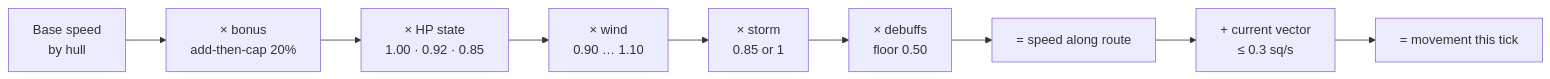
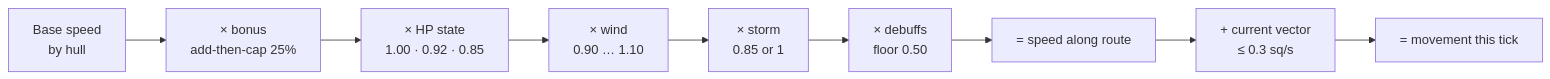
One commit to leonardomso/sea changed the fourth of 11 diagrams in docs/SEA_5_PHYSICS.md. Above: the diagram before and after it, drawn with Mermaid.

Commit message:
docs(physics): fix stale cap label in §5.1 flowchart
The mermaid diagram's bonus step still read add-then-cap 20%, left
behind by the earlier cap change. It depicts the same formula corrected
to 0.25 just above it, so it now agrees with the text.

````diff
--- a/docs/SEA_5_PHYSICS.md
+++ b/docs/SEA_5_PHYSICS.md
@@ -191,11 +191,11 @@
 ```mermaid
 flowchart LR
-    B[Base speed<br/>by hull] --> C[× bonus<br/>add-then-cap 20%]
+    B[Base speed<br/>by hull] --> C[× bonus<br/>add-then-cap 25%]
     C --> D[× HP state<br/>1.00 · 0.92 · 0.85]
     D --> E[× wind<br/>0.90 … 1.10]
     E --> F[× storm<br/>0.85 or 1]
     F --> G[× debuffs<br/>floor 0.50]
     G --> H[= speed along route]
     H --> I[+ current vector<br/>≤ 0.3 sq/s]
     I --> J[= movement this tick]
 ```
````
